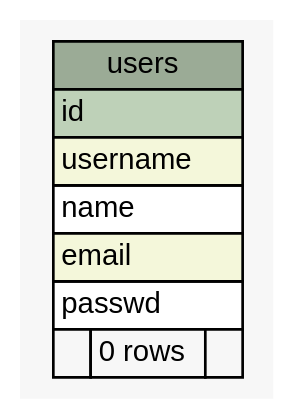
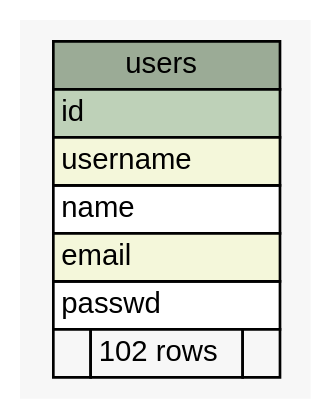
The diagram in dbDocs/diagrams/summary/users.1degree.dot (btv/DED_backend), drawn with Graphviz before and after one commit. The commit also changed 29 other files, not shown here.

```diff
--- a/dbDocs/diagrams/summary/users.1degree.dot
+++ b/dbDocs/diagrams/summary/users.1degree.dot
@@ -1,34 +1,34 @@
 // dot 2.42.3 on Mac OS X 10.15.4
 // SchemaSpy rev 590
 digraph "users" {
   graph [
     rankdir="RL"
     bgcolor="#f7f7f7"
     nodesep="0.18"
     ranksep="0.46"
     fontname="Helvetica"
     fontsize="11"
   ];
   node [
     fontname="Helvetica"
     fontsize="11"
     shape="plaintext"
   ];
   edge [
     arrowsize="0.8"
   ];
   "users" [
     label=<
     <TABLE BORDER="0" CELLBORDER="1" CELLSPACING="0" BGCOLOR="#ffffff">
       <TR><TD COLSPAN="3" BGCOLOR="#9bab96" ALIGN="CENTER">users</TD></TR>
       <TR><TD PORT="id" COLSPAN="3" BGCOLOR="#bed1b8" ALIGN="LEFT">id</TD></TR>
       <TR><TD PORT="username" COLSPAN="3" BGCOLOR="#f4f7da" ALIGN="LEFT">username</TD></TR>
       <TR><TD PORT="name" COLSPAN="3" ALIGN="LEFT">name</TD></TR>
       <TR><TD PORT="email" COLSPAN="3" BGCOLOR="#f4f7da" ALIGN="LEFT">email</TD></TR>
       <TR><TD PORT="passwd" COLSPAN="3" ALIGN="LEFT">passwd</TD></TR>
-      <TR><TD ALIGN="LEFT" BGCOLOR="#f7f7f7">  </TD><TD ALIGN="RIGHT" BGCOLOR="#f7f7f7">0 rows</TD><TD ALIGN="RIGHT" BGCOLOR="#f7f7f7">  </TD></TR>
+      <TR><TD ALIGN="LEFT" BGCOLOR="#f7f7f7">  </TD><TD ALIGN="RIGHT" BGCOLOR="#f7f7f7">102 rows</TD><TD ALIGN="RIGHT" BGCOLOR="#f7f7f7">  </TD></TR>
     </TABLE>>
     URL="tables/users.html"
     tooltip="users"
   ];
 }
```
